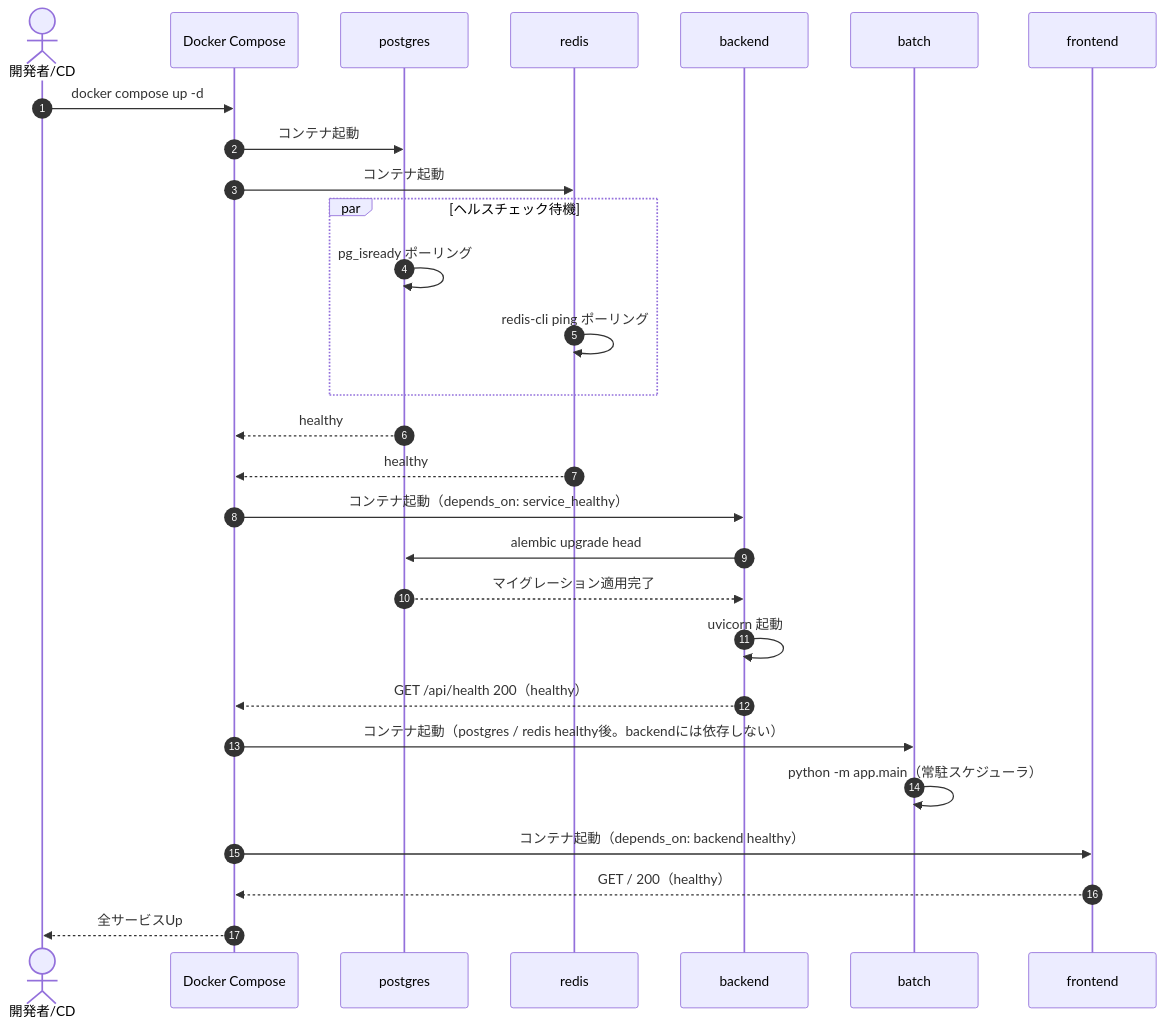
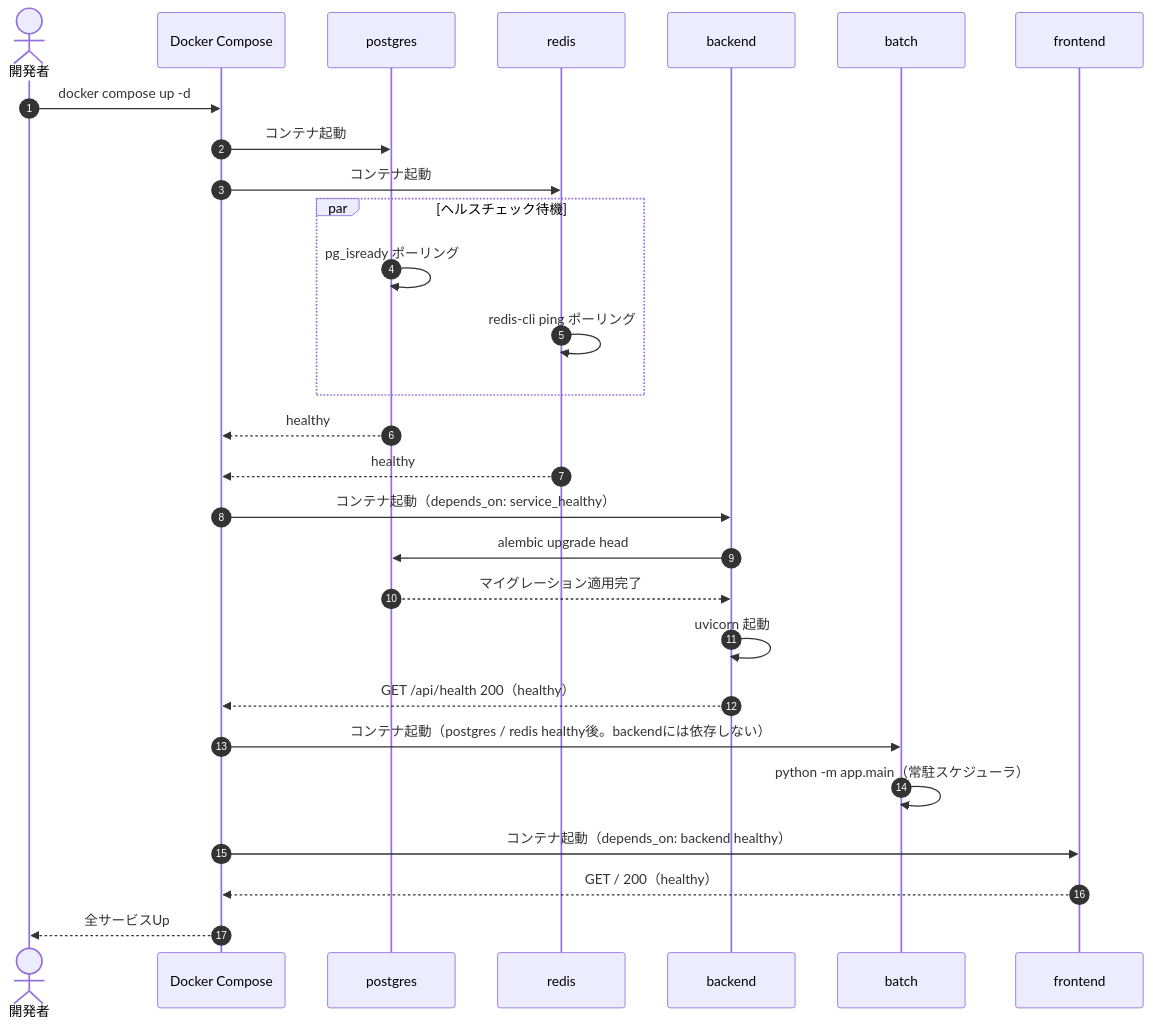
The first of 5 diagrams in docs/detailed_design/infra/01_docker_compose.md (oikawa-d/task_management), drawn with Mermaid before and after one commit. The commit also changed other lines of this file and 27 other files, not shown here.

````diff
--- a/docs/detailed_design/infra/01_docker_compose.md
+++ b/docs/detailed_design/infra/01_docker_compose.md
@@ -70,31 +70,31 @@
 ```mermaid
 sequenceDiagram
     autonumber
-    actor DEV as 開発者/CD
+    actor DEV as 開発者
     participant DC as Docker Compose
     participant PG as postgres
     participant RD as redis
     participant BE as backend
     participant BA as batch
     participant FE as frontend
 
     DEV->>DC: docker compose up -d
     DC->>PG: コンテナ起動
     DC->>RD: コンテナ起動
     par ヘルスチェック待機
         PG->>PG: pg_isready ポーリング
         RD->>RD: redis-cli ping ポーリング
     end
     PG-->>DC: healthy
     RD-->>DC: healthy
     DC->>BE: コンテナ起動（depends_on: service_healthy）
     BE->>PG: alembic upgrade head
     PG-->>BE: マイグレーション適用完了
     BE->>BE: uvicorn 起動
     BE-->>DC: GET /api/health 200（healthy）
     DC->>BA: コンテナ起動（postgres / redis healthy後。backendには依存しない）
     BA->>BA: python -m app.main（常駐スケジューラ）
     DC->>FE: コンテナ起動（depends_on: backend healthy）
     FE-->>DC: GET / 200（healthy）
     DC-->>DEV: 全サービスUp
 ```
````
